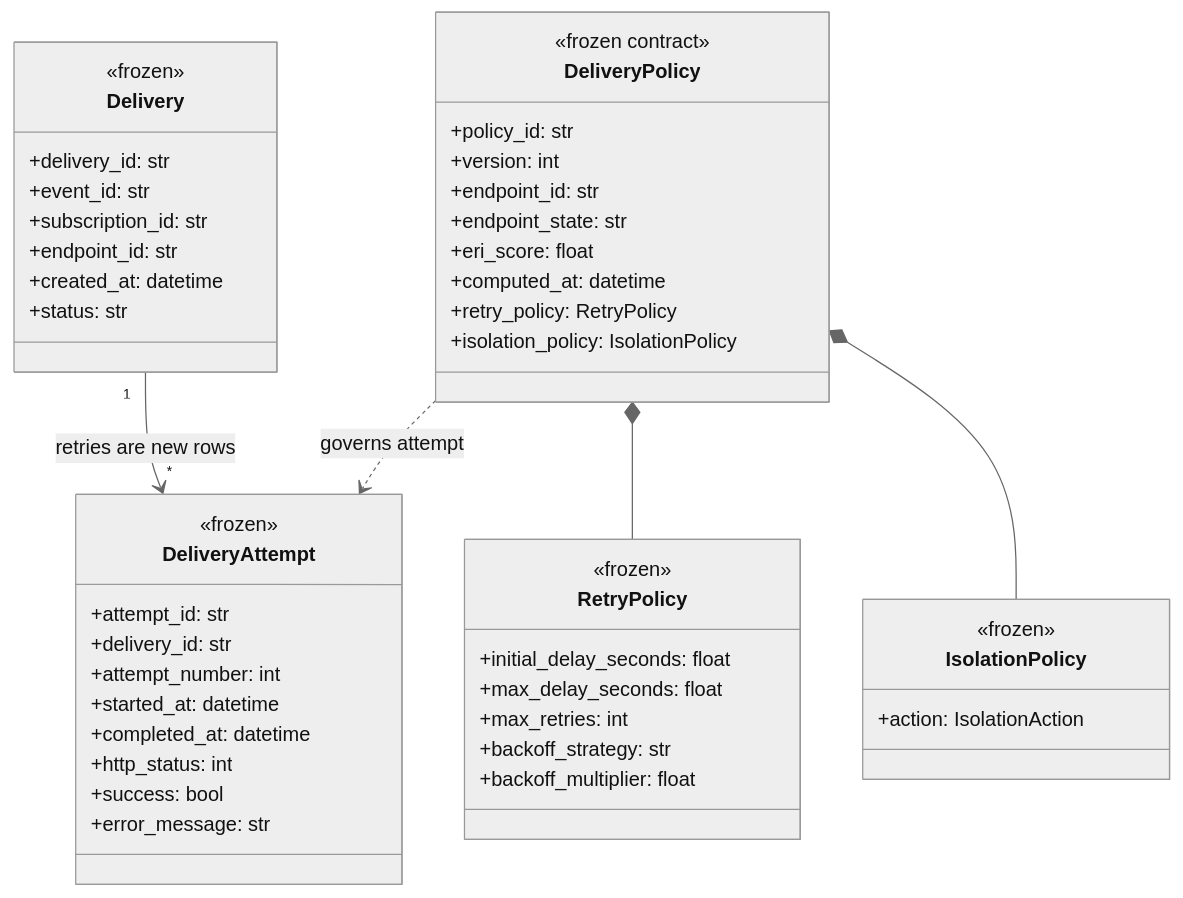
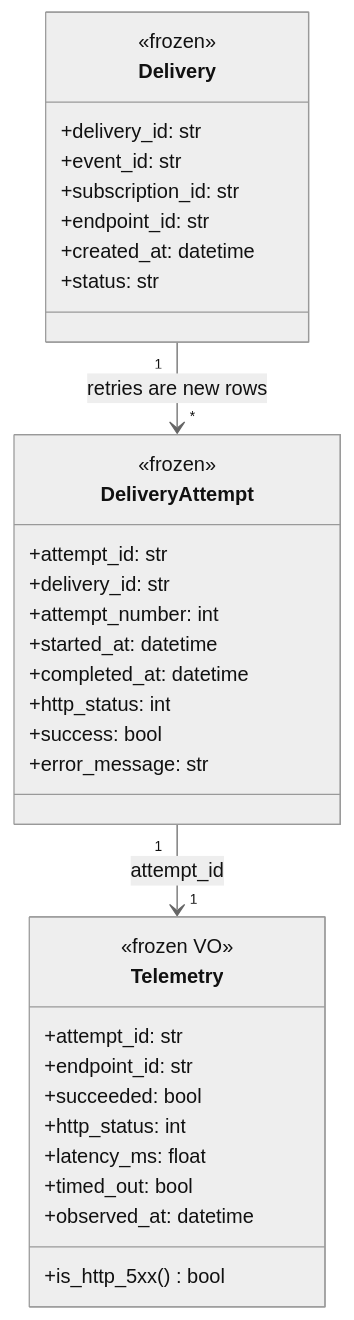
The second of 7 diagrams in docs/Diagrams/data-plane-class-diagram.md (RelayForged/relayforge), drawn with Mermaid (neutral theme) before and after one commit. The commit also changed other lines of this file and 45 other files, not shown here.

````diff
--- a/docs/Diagrams/data-plane-class-diagram.md
+++ b/docs/Diagrams/data-plane-class-diagram.md
@@ -64,57 +66,41 @@
 ```mermaid
 classDiagram
     direction TB
 
     class Delivery {
         <<frozen>>
         +delivery_id: str
         +event_id: str
         +subscription_id: str
         +endpoint_id: str
         +created_at: datetime
         +status: str
     }
 
     class DeliveryAttempt {
         <<frozen>>
         +attempt_id: str
         +delivery_id: str
         +attempt_number: int
         +started_at: datetime
         +completed_at: datetime
         +http_status: int
         +success: bool
         +error_message: str
     }
 
-    class DeliveryPolicy {
-        <<frozen contract>>
-        +policy_id: str
-        +version: int
+    class Telemetry {
+        <<frozen VO>>
+        +attempt_id: str
         +endpoint_id: str
-        +endpoint_state: str
-        +eri_score: float
-        +computed_at: datetime
-        +retry_policy: RetryPolicy
-        +isolation_policy: IsolationPolicy
-    }
-
-    class RetryPolicy {
-        <<frozen>>
-        +initial_delay_seconds: float
-        +max_delay_seconds: float
-        +max_retries: int
-        +backoff_strategy: str
-        +backoff_multiplier: float
-    }
-
-    class IsolationPolicy {
-        <<frozen>>
-        +action: IsolationAction
+        +succeeded: bool
+        +http_status: int
+        +latency_ms: float
+        +timed_out: bool
+        +observed_at: datetime
+        +is_http_5xx() bool
     }
 
     Delivery "1" --> "*" DeliveryAttempt : retries are new rows
-    DeliveryPolicy *-- RetryPolicy
-    DeliveryPolicy *-- IsolationPolicy
-    DeliveryPolicy ..> DeliveryAttempt : governs attempt
+    DeliveryAttempt "1" --> "1" Telemetry : attempt_id
 ```
````
